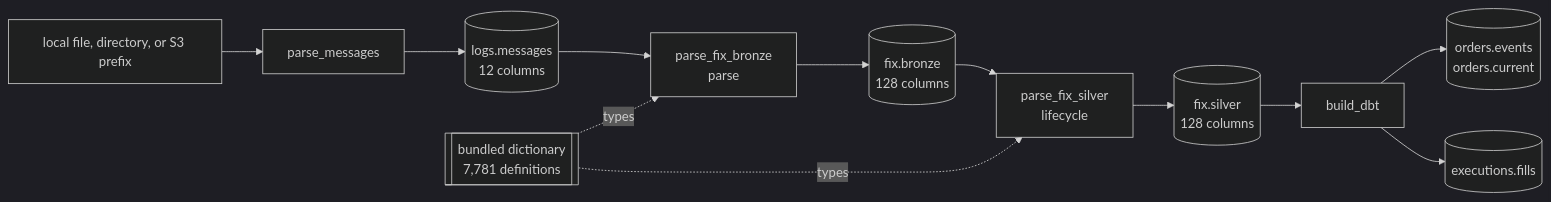
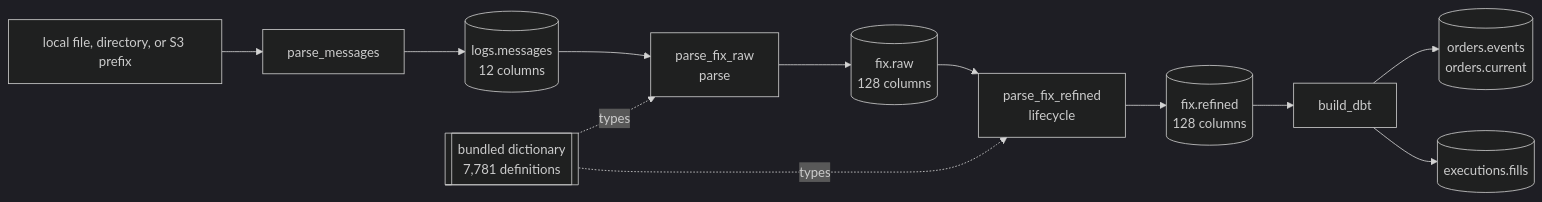
The diagram in docs/pipeline/index.md (Platob/yggfin), drawn with Mermaid (dark theme) before and after one commit. The commit also changed other lines of this file and 1266 other files, not shown here.

````diff
--- a/docs/pipeline/index.md
+++ b/docs/pipeline/index.md
@@ -6,14 +6,14 @@
 ```mermaid
 flowchart LR
     U["local file, directory, or S3 prefix"] --> T["parse_messages"]
     T --> M[("logs.messages<br/>12 columns")]
-    M --> F["parse_fix_bronze<br/>parse"]
+    M --> F["parse_fix_raw<br/>parse"]
     R[["bundled dictionary<br/>7,781 definitions"]] -.types.-> F
-    F --> X[("fix.bronze<br/>128 columns")]
-    X --> L["parse_fix_silver<br/>lifecycle"]
+    F --> X[("fix.raw<br/>128 columns")]
+    X --> L["parse_fix_refined<br/>lifecycle"]
     R -.types.-> L
-    L --> S[("fix.silver<br/>128 columns")]
+    L --> S[("fix.refined<br/>128 columns")]
     S --> B["build_dbt"]
     B --> O[("orders.events<br/>orders.current")]
     B --> C[("executions.fills")]
 ```
````
